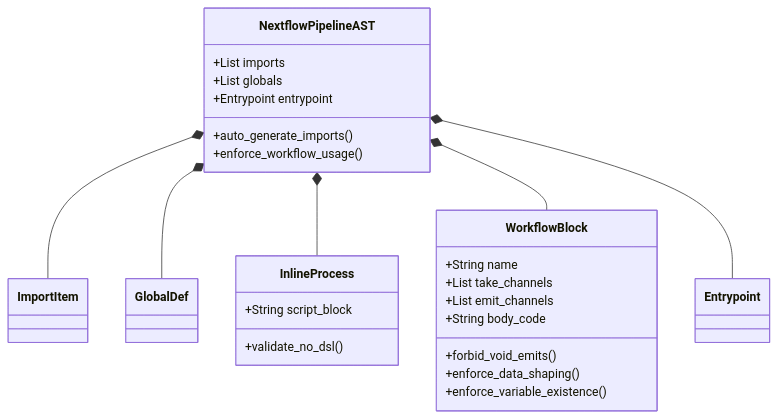
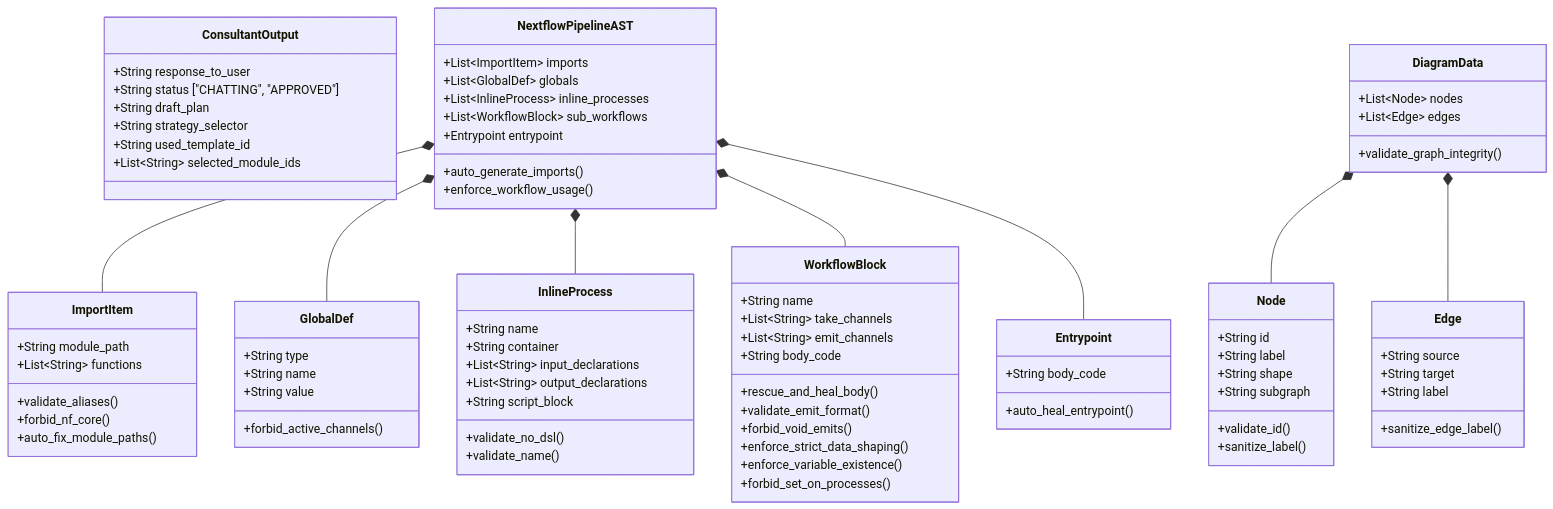
One commit to Tsailgan/izs-llm changed the diagram in app/models/README.md. Above: the diagram before and after it, drawn with Mermaid. The commit also changed other lines of this file and 1 other file, not shown here.

Commit message:
[Chore] Update ReadMe for models

````diff
--- a/app/models/README.md
+++ b/app/models/README.md
@@ -7,5 +9,16 @@
 ```mermaid
 classDiagram
+    %% Consultant Models
+    class ConsultantOutput {
+        +String response_to_user
+        +String status ["CHATTING", "APPROVED"]
+        +String draft_plan
+        +String strategy_selector
+        +String used_template_id
+        +List~String~ selected_module_ids
+    }
+    
+    %% Architect AST Models
     NextflowPipelineAST *-- ImportItem
     NextflowPipelineAST *-- GlobalDef
     NextflowPipelineAST *-- InlineProcess
@@ -13,23 +26,74 @@
     NextflowPipelineAST *-- Entrypoint
     
     class NextflowPipelineAST {
-        +List imports
-        +List globals
+        +List~ImportItem~ imports
+        +List~GlobalDef~ globals
+        +List~InlineProcess~ inline_processes
+        +List~WorkflowBlock~ sub_workflows
         +Entrypoint entrypoint
         +auto_generate_imports()
         +enforce_workflow_usage()
     }
     class WorkflowBlock {
         +String name
-        +List take_channels
-        +List emit_channels
+        +List~String~ take_channels
+        +List~String~ emit_channels
         +String body_code
+        +rescue_and_heal_body()
+        +validate_emit_format()
         +forbid_void_emits()
-        +enforce_data_shaping()
+        +enforce_strict_data_shaping()
         +enforce_variable_existence()
+        +forbid_set_on_processes()
+    }
+    class ImportItem {
+        +String module_path
+        +List~String~ functions
+        +validate_aliases()
+        +forbid_nf_core()
+        +auto_fix_module_paths()
+    }
+    class GlobalDef {
+        +String type
+        +String name
+        +String value
+        +forbid_active_channels()
     }
     class InlineProcess {
+        +String name
+        +String container
+        +List~String~ input_declarations
+        +List~String~ output_declarations
         +String script_block
         +validate_no_dsl()
+        +validate_name()
+    }
+    class Entrypoint {
+        +String body_code
+        +auto_heal_entrypoint()
+    }
+
+    %% Diagram Models
+    DiagramData *-- Node
+    DiagramData *-- Edge
+
+    class DiagramData {
+        +List~Node~ nodes
+        +List~Edge~ edges
+        +validate_graph_integrity()
+    }
+    class Node {
+        +String id
+        +String label
+        +String shape
+        +String subgraph
+        +validate_id()
+        +sanitize_label()
+    }
+    class Edge {
+        +String source
+        +String target
+        +String label
+        +sanitize_edge_label()
     }
 ```
````
